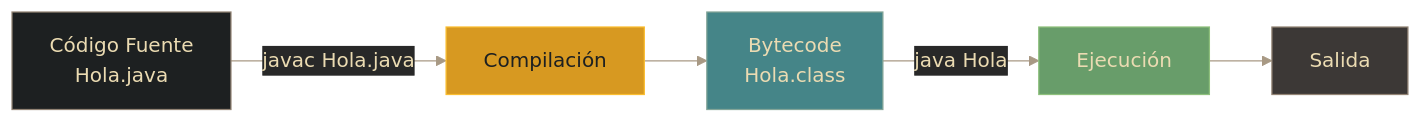
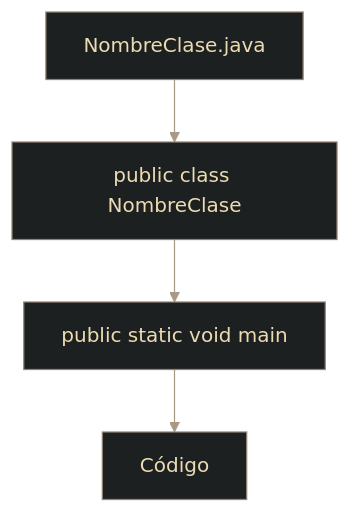
One commit to NachoOsella/notes-vault changed the diagram in Progra 3/03 - Back End/03.01 - U1 Lenguaje Java y Colecciones/03 - Java - Sintaxis básica.md. Above: the diagram before and after it, drawn with Mermaid. The commit also changed other lines of this file and 32 other files, not shown here.

````diff
--- a/Progra 3/03 - Back End/03.01 - U1 Lenguaje Java y Colecciones/03 - Java - Sintaxis básica.md
+++ b/Progra 3/03 - Back End/03.01 - U1 Lenguaje Java y Colecciones/03 - Java - Sintaxis básica.md
@@ -109,14 +25,7 @@
 ```mermaid
 %%{init: {'theme': 'base', 'themeVariables': { 'primaryColor': '#1d2021', 'primaryTextColor': '#ebdbb2', 'primaryBorderColor': '#928374', 'lineColor': '#a89984', 'secondaryColor': '#282828', 'tertiaryColor': '#3c3836'}}}%%
-flowchart LR
-    A[Código Fuente<br/>Hola.java] -->|javac Hola.java| B[Compilación]
-    B --> C[Bytecode<br/>Hola.class]
-    C -->|java Hola| D[Ejecución]
-    D --> E[Salida]
-    
-    style A fill:#1d2021,stroke:#928374,color:#ebdbb2
-    style B fill:#d79921,stroke:#fabd2f,color:#1d2021
-    style C fill:#458588,stroke:#83a598,color:#ebdbb2
-    style D fill:#689d6a,stroke:#8ec07c,color:#ebdbb2
-    style E fill:#3c3836,stroke:#928374,color:#ebdbb2
+flowchart TD
+    A[NombreClase.java] --> B[public class NombreClase]
+    B --> C[public static void main]
+    C --> D[Código]
 ```
````
